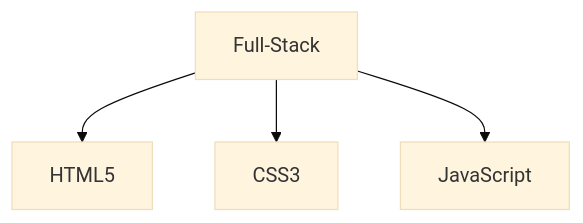
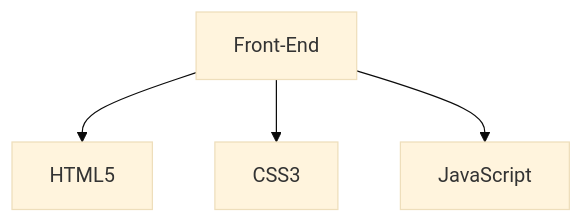
One commit to jeanchong15/jeanchong15 changed the diagram in README.md. Above: the diagram before and after it, drawn with Mermaid (base theme).

````diff
--- a/README.md
+++ b/README.md
@@ -56,6 +56,6 @@
  ```mermaid
 graph TD;
-    Full-Stack-->HTML5;
-    Full-Stack-->CSS3;
-    Full-Stack-->JavaScript;
+    Front-End-->HTML5;
+    Front-End-->CSS3;
+    Front-End-->JavaScript;
 ```
````
